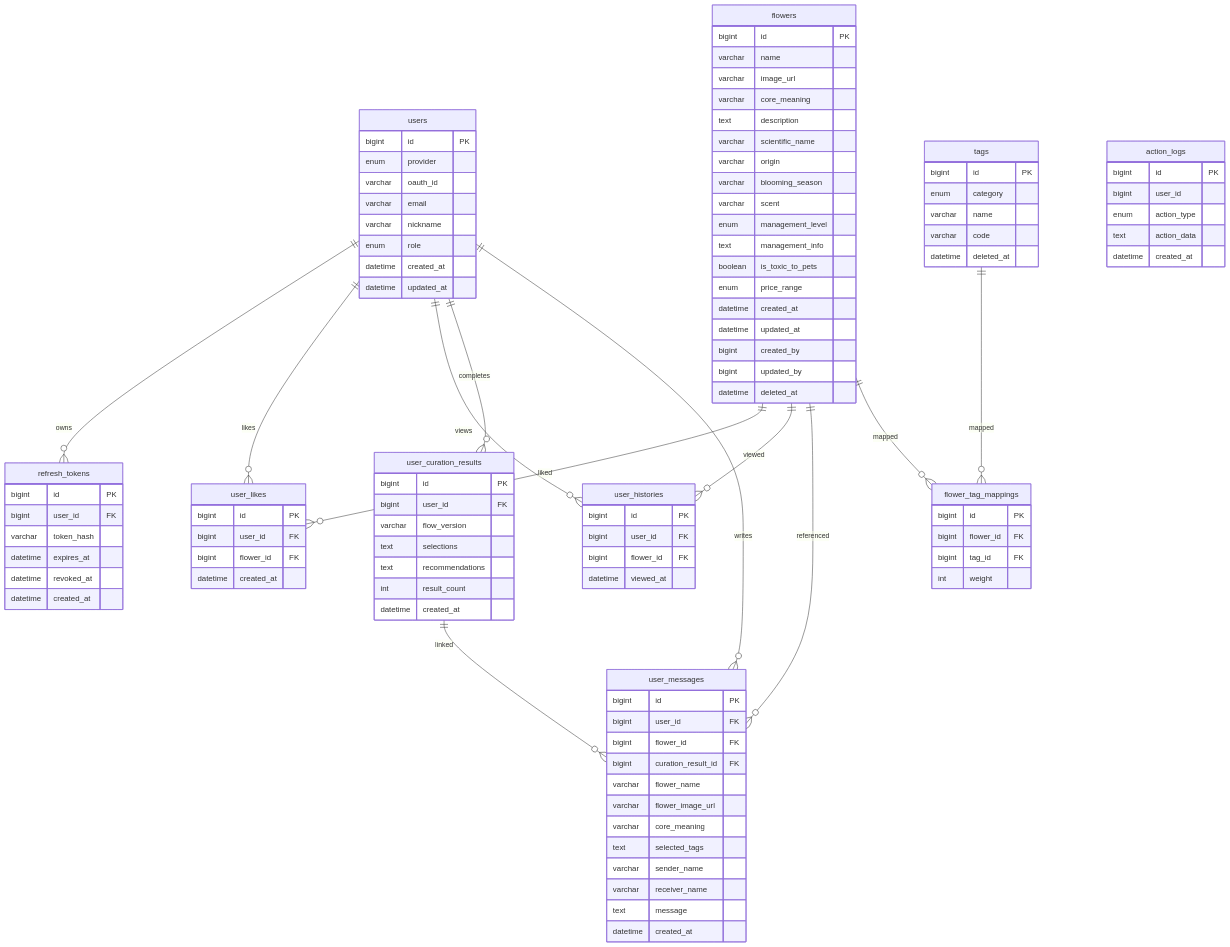
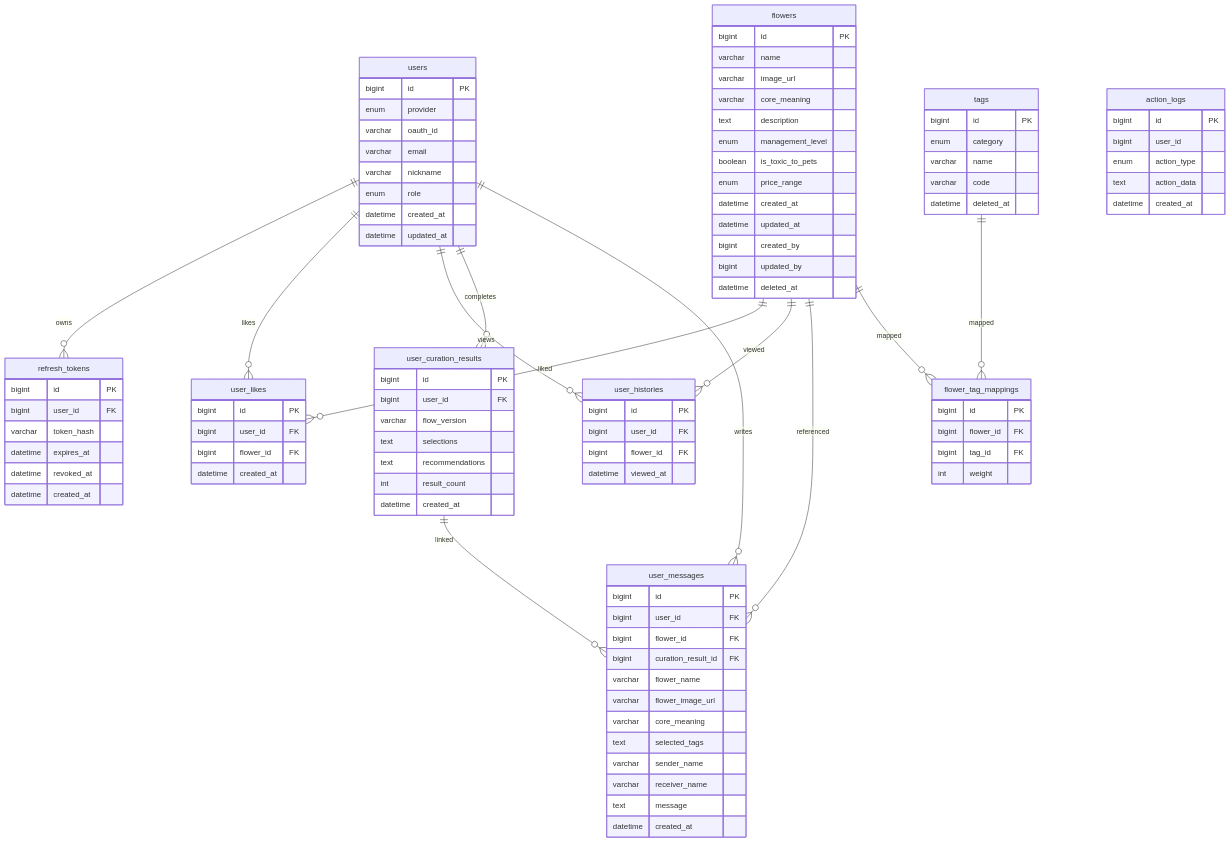
One commit to xiuiworld/meanhwa_back changed the diagram in docs/database-schema.md. Above: the diagram before and after it, drawn with Mermaid. The commit also changed other lines of this file and 15 other files, not shown here.

Commit message:
refactor: remove unused flower detail fields

```diff
--- a/docs/database-schema.md
+++ b/docs/database-schema.md
@@ -100,12 +100,7 @@
         varchar image_url
         varchar core_meaning
         text description
-        varchar scientific_name
-        varchar origin
-        varchar blooming_season
-        varchar scent
         enum management_level
-        text management_info
         boolean is_toxic_to_pets
         enum price_range
         datetime created_at
```
